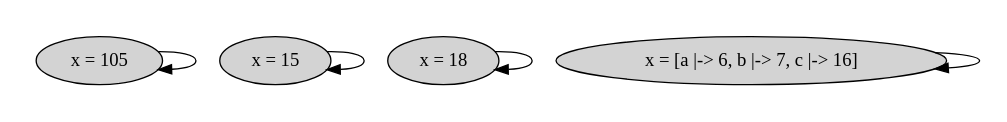
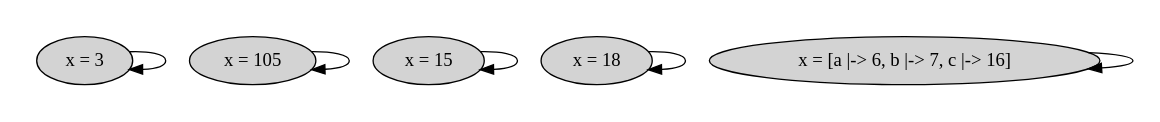
Before and after one commit to will62794/tla-web: the diagram in specs/with_state_graphs/simple_letin.tla.dot, drawn with Graphviz. The commit also changed 3 other files, not shown here.

```diff
--- a/specs/with_state_graphs/simple_letin.tla.dot
+++ b/specs/with_state_graphs/simple_letin.tla.dot
@@ -1,15 +1,17 @@
 strict digraph DiskGraph {
 nodesep=0.35;
 subgraph cluster_graph {
 color="white";
 -6236049847382918084 [label="x = [a |-> 6, b |-> 7, c |-> 16]",style = filled]
 -8796416551377027776 [label="x = 18",style = filled]
 3264821330489916307 [label="x = 15",style = filled]
 -8498723013506653393 [label="x = 105",style = filled]
+7158667421841284535 [label="x = 3",style = filled]
 -6236049847382918084 -> -6236049847382918084 [label="",color="black",fontcolor="black"];
 -8796416551377027776 -> -8796416551377027776 [label="",color="black",fontcolor="black"];
 3264821330489916307 -> 3264821330489916307 [label="",color="black",fontcolor="black"];
 -8498723013506653393 -> -8498723013506653393 [label="",color="black",fontcolor="black"];
-{rank = same; -6236049847382918084;-8796416551377027776;3264821330489916307;-8498723013506653393;}
+7158667421841284535 -> 7158667421841284535 [label="",color="black",fontcolor="black"];
+{rank = same; -6236049847382918084;-8796416551377027776;3264821330489916307;7158667421841284535;-8498723013506653393;}
 }
 }
```
